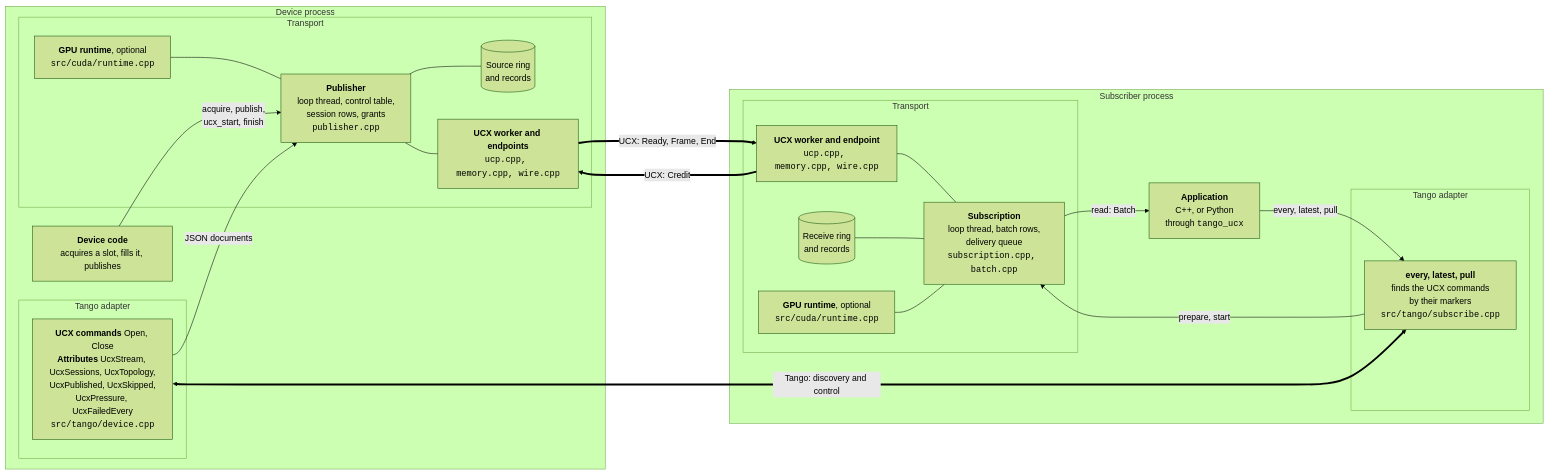
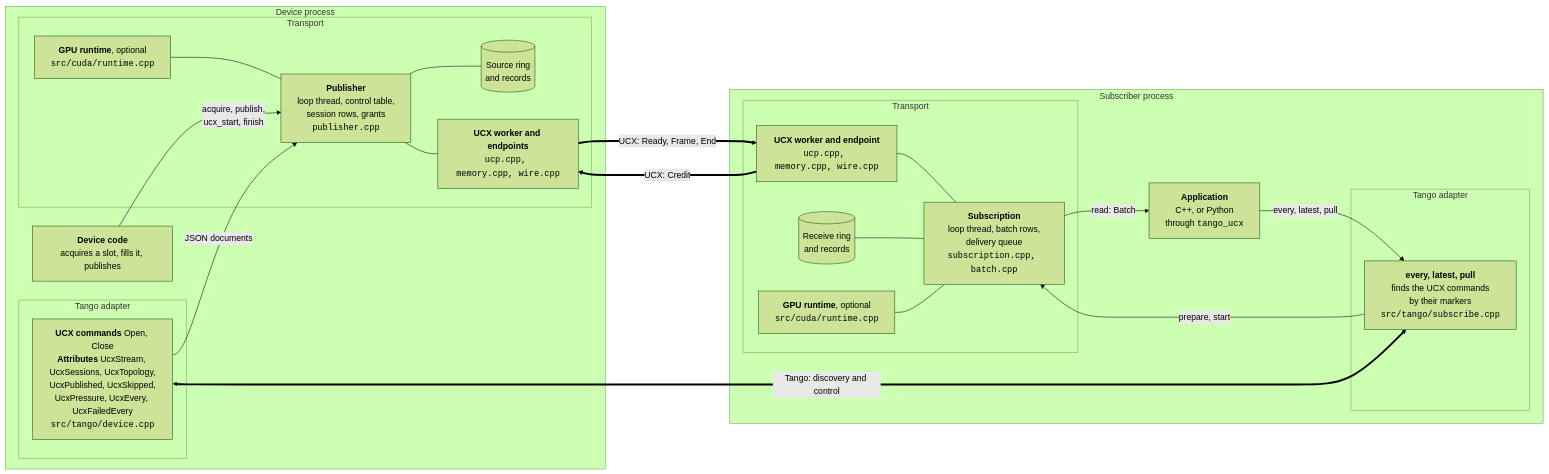
The first of 11 diagrams in docs/diagrams.md (srwohl/tango-ucx), drawn with Mermaid (forest theme) before and after one commit. The commit also changed 2 other files, not shown here.

Commit message:
Report the every sessions in UcxEvery

````diff
--- a/docs/diagrams.md
+++ b/docs/diagrams.md
@@ -24,43 +24,43 @@
 ```mermaid
 flowchart LR
     subgraph DP["Device process"]
         DC["<b>Device code</b><br/>acquires a slot, fills it, publishes"]
         subgraph DTA["Tango adapter"]
-            CMD["<b>UCX commands</b> Open, Close<br/><b>Attributes</b> UcxStream, UcxSessions, UcxTopology,<br/>UcxPublished, UcxSkipped,<br/>UcxPressure, UcxFailedEvery<br/><code>src/tango/device.cpp</code>"]
+            CMD["<b>UCX commands</b> Open, Close<br/><b>Attributes</b> UcxStream, UcxSessions, UcxTopology,<br/>UcxPublished, UcxSkipped,<br/>UcxPressure, UcxEvery, UcxFailedEvery<br/><code>src/tango/device.cpp</code>"]
         end
         subgraph DTR["Transport"]
             PUB["<b>Publisher</b><br/>loop thread, control table,<br/>session rows, grants<br/><code>publisher.cpp</code>"]
             SRC[("Source ring<br/>and records")]
             PLOW["<b>UCX worker and endpoints</b><br/><code>ucp.cpp, memory.cpp, wire.cpp</code>"]
             PGPU["<b>GPU runtime</b>, optional<br/><code>src/cuda/runtime.cpp</code>"]
         end
     end
 
     subgraph SP["Subscriber process"]
         subgraph STR["Transport"]
             SLOW["<b>UCX worker and endpoint</b><br/><code>ucp.cpp, memory.cpp, wire.cpp</code>"]
             RCV[("Receive ring<br/>and records")]
             SUB["<b>Subscription</b><br/>loop thread, batch rows,<br/>delivery queue<br/><code>subscription.cpp, batch.cpp</code>"]
             GPU["<b>GPU runtime</b>, optional<br/><code>src/cuda/runtime.cpp</code>"]
         end
         subgraph STA["Tango adapter"]
             SUBSCRIBE["<b>every, latest, pull</b><br/>finds the UCX commands<br/>by their markers<br/><code>src/tango/subscribe.cpp</code>"]
         end
         APP["<b>Application</b><br/>C++, or Python<br/>through <code>tango_ucx</code>"]
     end
 
     DC -- "acquire, publish,<br/>ucx_start, finish" --> PUB
     CMD -- "JSON documents" --> PUB
     PUB --- SRC
     PUB --- PLOW
     PGPU --- PUB
     PLOW == "UCX: Ready, Frame, End" ==> SLOW
     SLOW == "UCX: Credit" ==> PLOW
     SLOW --- SUB
     RCV --- SUB
     GPU --- SUB
     SUB -- "read: Batch" --> APP
     SUBSCRIBE -- "prepare, start" --> SUB
     APP -- "every, latest, pull" --> SUBSCRIBE
     CMD <== "Tango: discovery and control" ==> SUBSCRIBE
 ```
````
